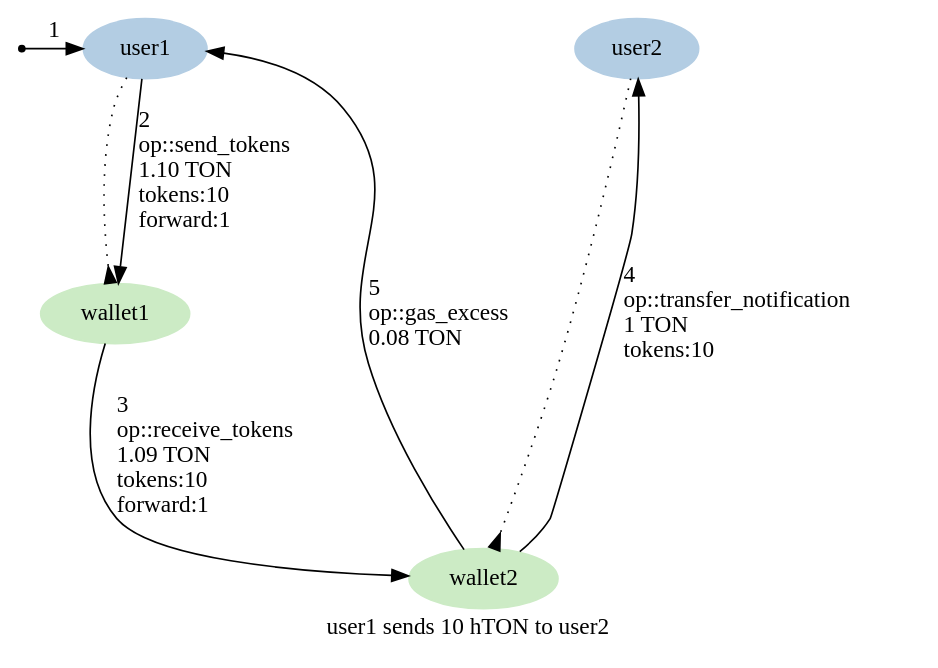
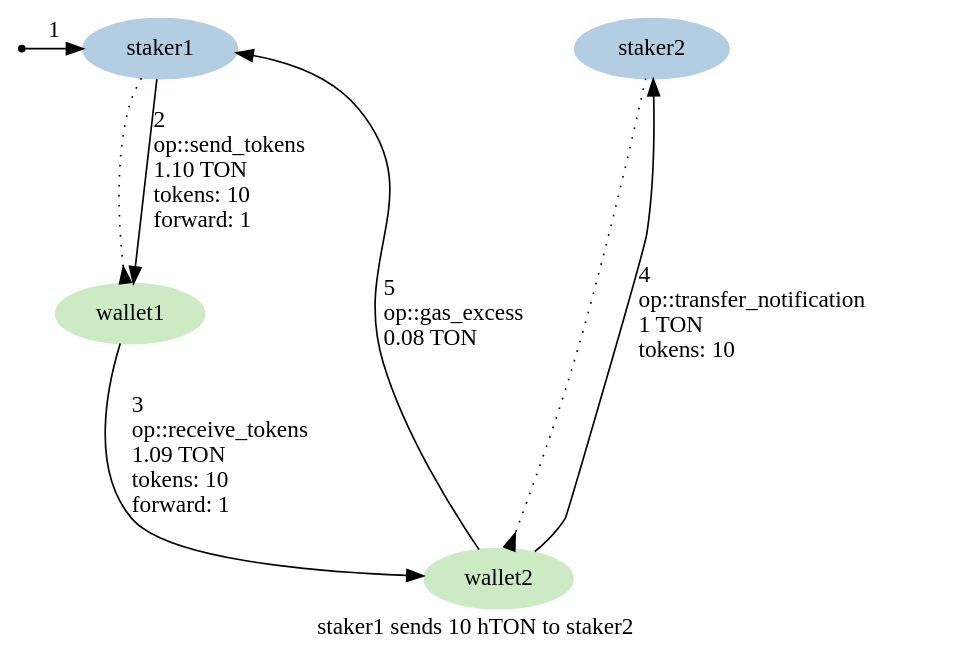
Before and after one commit to HipoFinance/contract: the diagram in graphs/03-send-tokens.dot, drawn with Graphviz. The commit also changed 29 other files, not shown here.

```diff
--- a/graphs/03-send-tokens.dot
+++ b/graphs/03-send-tokens.dot
@@ -1,23 +1,23 @@
 digraph {
-    label="user1 sends 10 hTON to user2"
+    label="staker1 sends 10 hTON to staker2"
     node [ colorscheme=pastel19 style=filled ]
 
     /* Entities */
     external [ shape=point ]
-    user1 [ color=2 ]
-    user2 [ color=2 ]
+    staker1 [ color=2 ]
+    staker2 [ color=2 ]
     wallet1 [ color=3 ]
     wallet2 [ color=3 ]
 
     /* Relationships */
-    user1 -> wallet1 [ arrowhead=inv style=dotted ]
-    user2 -> wallet2 [ arrowhead=inv style=dotted ]
-    external -> user1 [ label="1" ]
-    user1 -> wallet1 [ label="2\l op::send_tokens\l 1.10 TON\l tokens:10\l forward:1\l" ]
-    wallet1 -> wallet2 [ label="3\l op::receive_tokens\l 1.09 TON\l tokens:10\l forward:1\l" ]
-    wallet2 -> user2 [ label="4\l op::transfer_notification\l 1 TON\l tokens:10\l" ]
-    wallet2 -> user1 [ label="5\l op::gas_excess\l 0.08 TON\l" ]
+    staker1 -> wallet1 [ arrowhead=inv style=dotted ]
+    staker2 -> wallet2 [ arrowhead=inv style=dotted ]
+    external -> staker1 [ label="1" ]
+    staker1 -> wallet1 [ label="2\l op::send_tokens\l 1.10 TON\l tokens: 10\l forward: 1\l" ]
+    wallet1 -> wallet2 [ label="3\l op::receive_tokens\l 1.09 TON\l tokens: 10\l forward: 1\l" ]
+    wallet2 -> staker2 [ label="4\l op::transfer_notification\l 1 TON\l tokens: 10\l" ]
+    wallet2 -> staker1 [ label="5\l op::gas_excess\l 0.08 TON\l" ]
 
     /* Ranks */
-    { rank=min external user1 user2 }
+    { rank=min external staker1 staker2 }
 }
```
